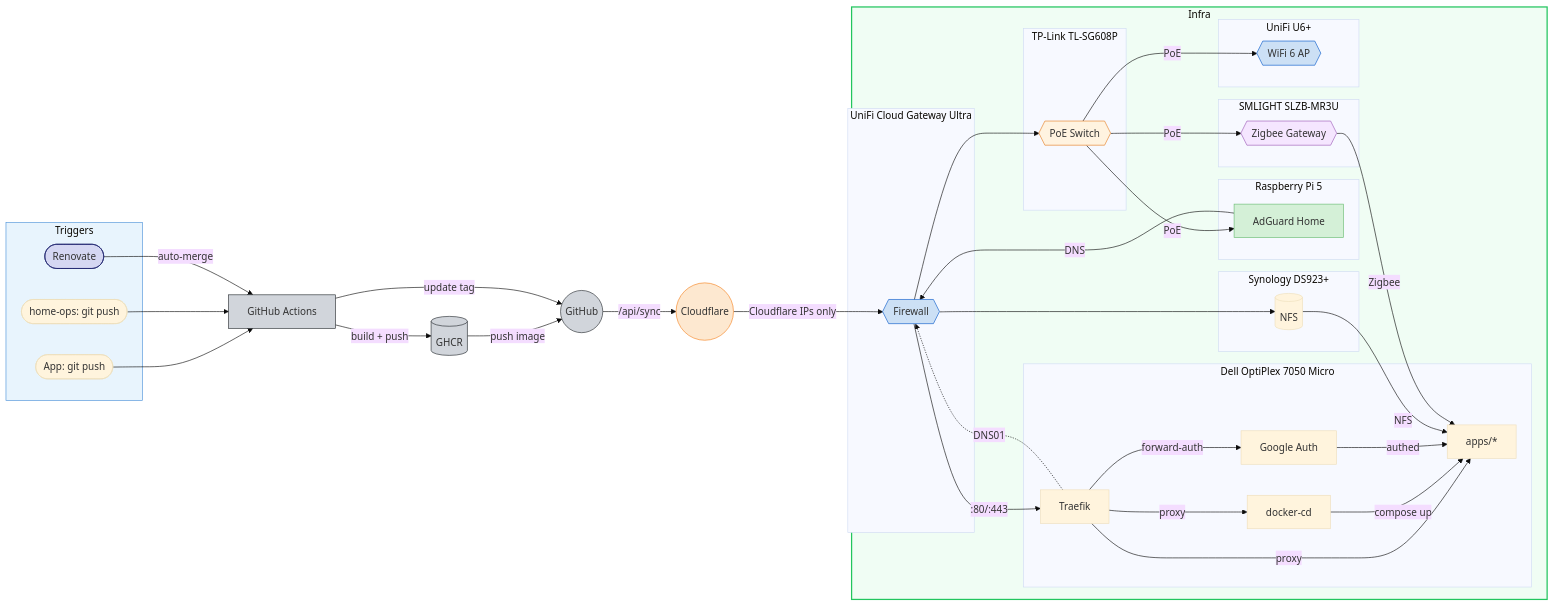
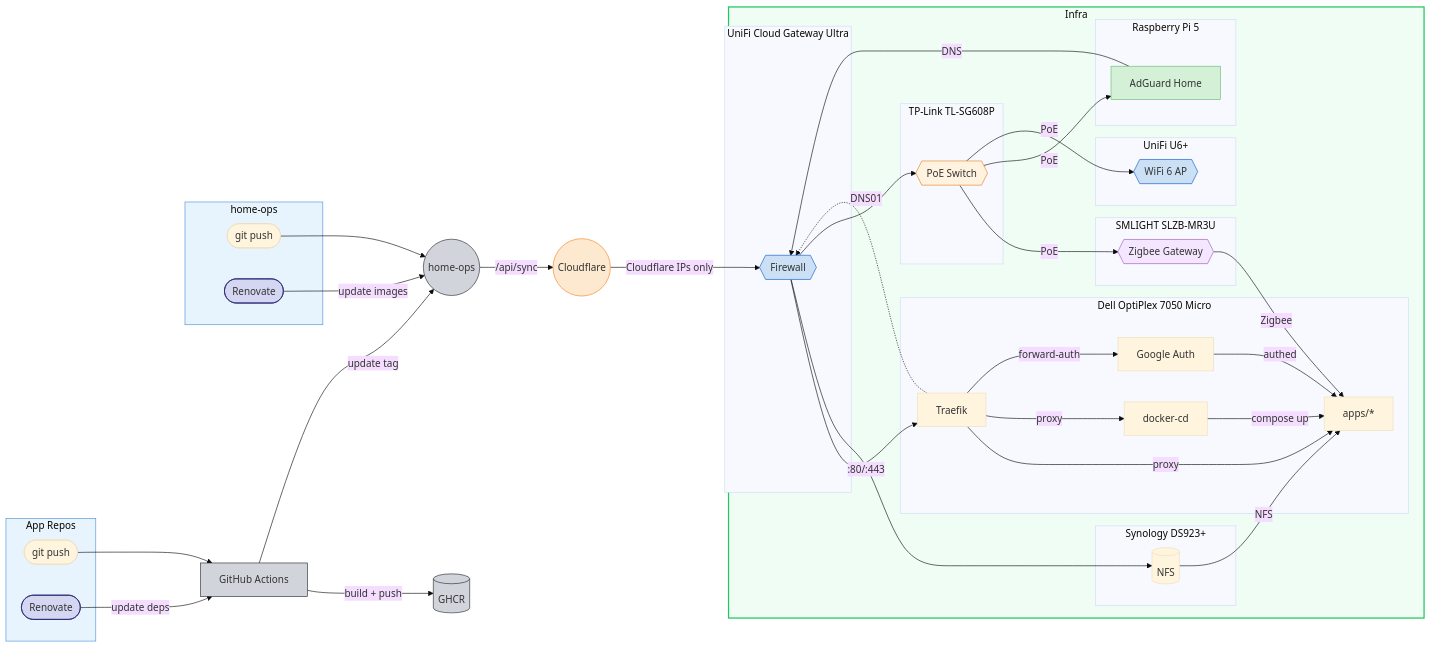
Before and after one commit to wajeht/home-ops: the diagram in README.md, drawn with Mermaid (base theme).

Commit message:
docs: improve architecture diagram to clarify workflow

````diff
--- a/README.md
+++ b/README.md
@@ -16,71 +16,77 @@
 ```mermaid
 flowchart LR
-    subgraph triggers[Triggers]
-        app_push([App: git push])
-        ops_push([home-ops: git push])
-        renovate([Renovate])
+    subgraph app_repo[App Repos]
+        app_push([git push])
+        app_renovate([Renovate])
+    end
+
+    subgraph ops_repo[home-ops]
+        ops_push([git push])
+        ops_renovate([Renovate])
     end
 
     app_push --> ci[GitHub Actions] -->|build + push| ghcr[(GHCR)]
-    ghcr -->|push image| github((GitHub))
-    ci -->|update tag| github
-    ops_push --> ci
-    renovate -->|auto-merge| ci
+    app_renovate -->|update deps| ci
+    ci -->|update tag| github((home-ops))
+    ops_push --> github
+    ops_renovate -->|update images| github
     github -->|/api/sync| cf((Cloudflare)) -->|Cloudflare IPs only| unifi -->|:80/:443| traefik -->|proxy| apps
 
     subgraph infra[Infra]
         subgraph dell[Dell OptiPlex 7050 Micro]
             docker_cd[docker-cd] -->|compose up| apps[apps/*]
             traefik[Traefik] -->|proxy| docker_cd
             traefik -->|forward-auth| google_auth[Google Auth] -->|authed| apps
         end
 
         subgraph nas[Synology DS923+]
             nfs[(NFS)]
         end
 
         subgraph ucg[UniFi Cloud Gateway Ultra]
             unifi{{Firewall}}
         end
 
         subgraph pi[Raspberry Pi 5]
             adguard[AdGuard Home]
         end
 
         subgraph slzb[SMLIGHT SLZB-MR3U]
             zigbee{{Zigbee Gateway}}
         end
 
         subgraph tplink[TP-Link TL-SG608P]
             poe{{PoE Switch}}
         end
 
         subgraph u6[UniFi U6+]
             ap{{WiFi 6 AP}}
         end
 
         nfs -->|NFS| apps
         adguard -->|DNS| unifi
         unifi --> nfs
         unifi --> poe
         poe -->|PoE| zigbee
         poe -->|PoE| adguard
         poe -->|PoE| ap
         zigbee -->|Zigbee| apps
     end
 
     traefik -.->|DNS01| unifi
 
-    style triggers fill:#e8f4fd,stroke:#4a90d9
+    style app_repo fill:#e8f4fd,stroke:#4a90d9
+    style ops_repo fill:#e8f4fd,stroke:#4a90d9
     style infra fill:#f0fdf4,stroke:#22c55e,stroke-width:2px
     style cf fill:#fde8d0,stroke:#f6821f,color:#333
     style github fill:#d1d5db,stroke:#24292e,color:#333
     style ghcr fill:#d1d5db,stroke:#24292e,color:#333
     style ci fill:#d1d5db,stroke:#24292e,color:#333
-    style renovate fill:#d5d7f2,stroke:#1a1f6c,color:#333
+    style app_renovate fill:#d5d7f2,stroke:#1a1f6c,color:#333
+    style ops_renovate fill:#d5d7f2,stroke:#1a1f6c,color:#333
     style adguard fill:#d4f0d7,stroke:#68bc71,color:#333
     style unifi fill:#cce0f5,stroke:#0559c9,color:#333
     style zigbee fill:#f5e6ff,stroke:#9b59b6,color:#333
     style poe fill:#fff3e0,stroke:#e67e22,color:#333
     style ap fill:#cce0f5,stroke:#0559c9,color:#333
 ```
````
